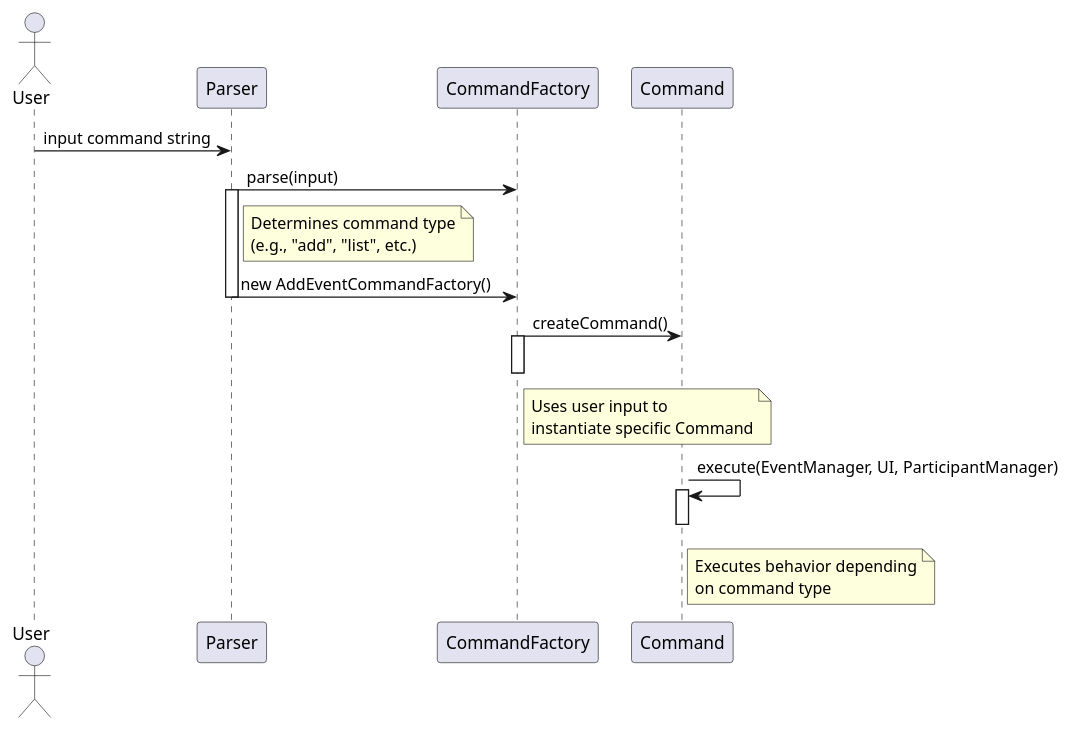
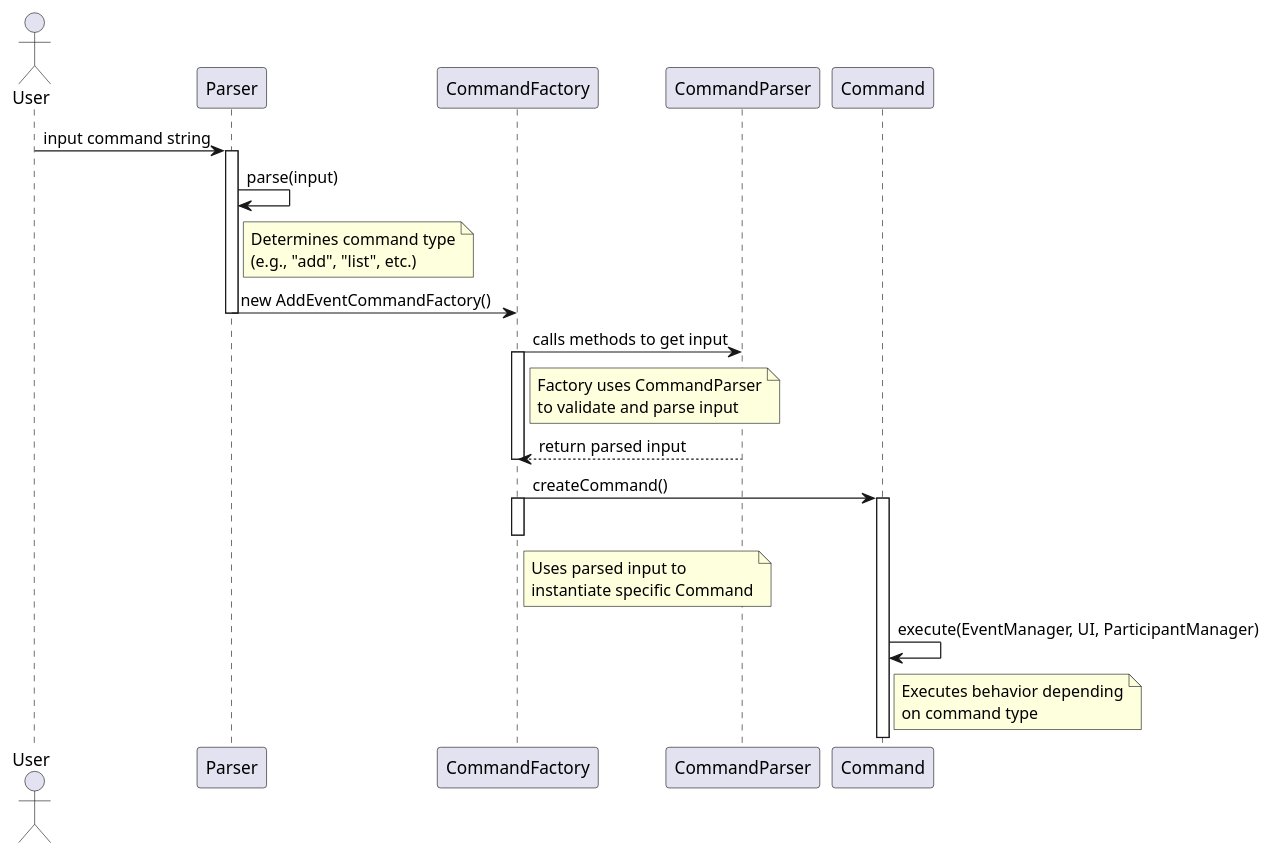
The diagram in docs/graph/Parser/ParserSD.puml (AY2425S2-CS2113-W13-2/tp), drawn with PlantUML before and after one commit. The commit also changed 13 other files, not shown here.

```diff
--- a/docs/graph/Parser/ParserSD.puml
+++ b/docs/graph/Parser/ParserSD.puml
@@ -1,20 +1,29 @@
 @startuml
 actor User
 
 User -> Parser : input command string
-Parser -> CommandFactory : parse(input)
 activate Parser
+
+Parser -> Parser : parse(input)
 note right of Parser : Determines command type\n(e.g., "add", "list", etc.)
+
 Parser -> CommandFactory : new AddEventCommandFactory()
 deactivate Parser
 
+CommandFactory -> CommandParser : calls methods to get input
+activate CommandFactory
+note right of CommandFactory : Factory uses CommandParser\nto validate and parse input
+
+CommandParser --> CommandFactory : return parsed input
+deactivate CommandFactory
+
 CommandFactory -> Command : createCommand()
 activate CommandFactory
-note right of CommandFactory : Uses user input to\ninstantiate specific Command
+note right of CommandFactory : Uses parsed input to\ninstantiate specific Command
 deactivate CommandFactory
 
+activate Command
 Command -> Command : execute(EventManager, UI, ParticipantManager)
-activate Command
 note right of Command : Executes behavior depending\non command type
-deactivate Command
+
 @enduml
```
